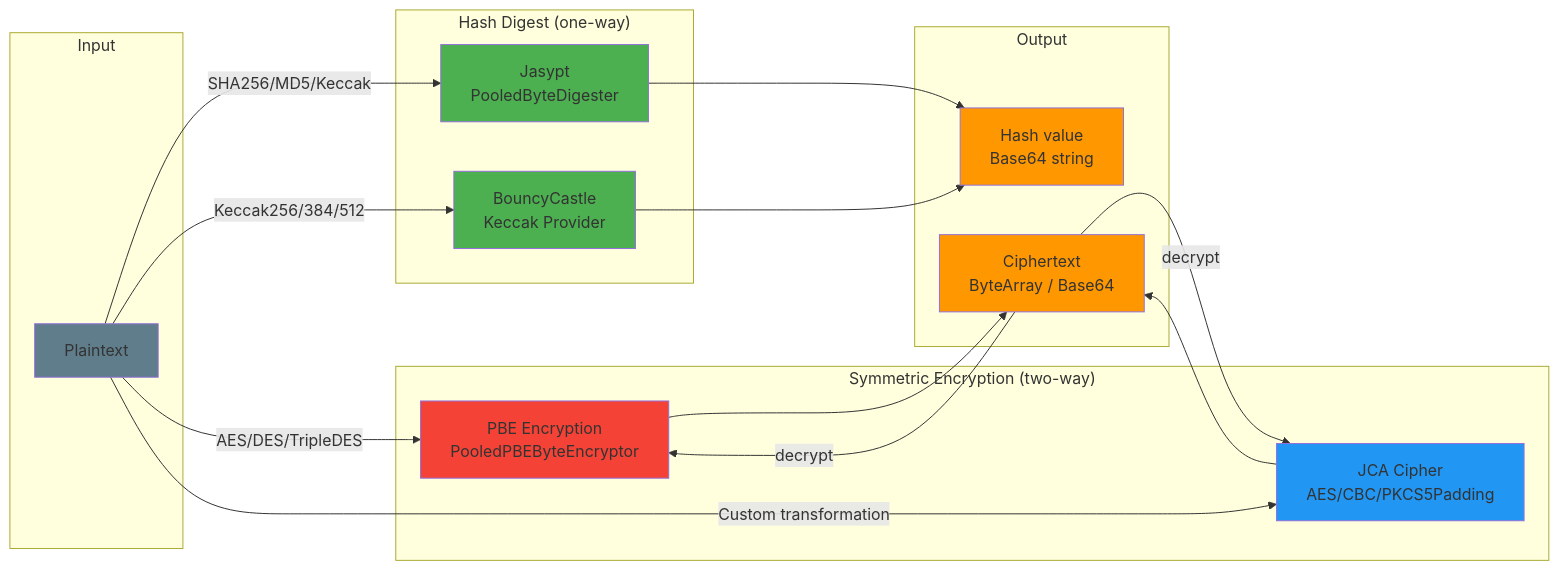
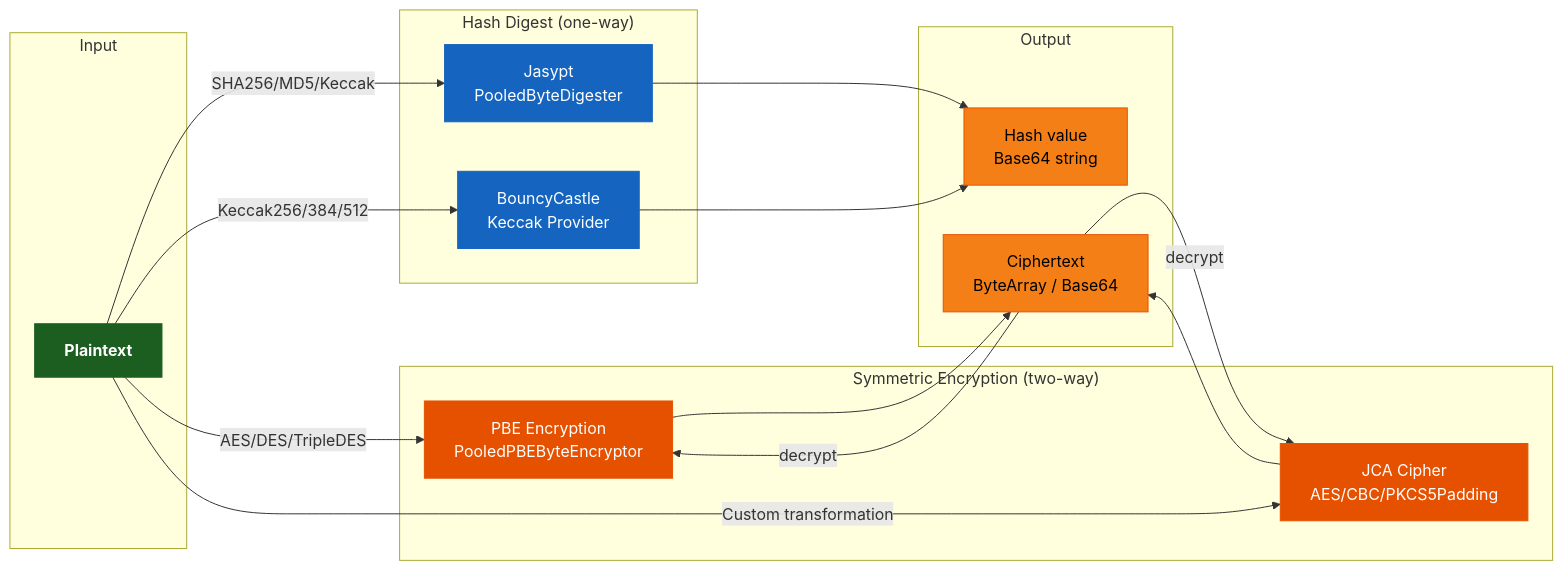
The second of 2 diagrams in io/crypto/README.md (bluetape4k/bluetape4k-projects), drawn with Mermaid before and after one commit. The commit also changed other lines of this file and 221 other files, not shown here.

First line of the commit message:
docs: 전체 모듈 README UML 다이어그램 보강 및 색상 업그레이드

````diff
--- a/io/crypto/README.md
+++ b/io/crypto/README.md
@@ -191,36 +205,38 @@
 ```mermaid
 flowchart LR
     subgraph Input
         P[Plaintext]
     end
 
     subgraph Digest["Hash Digest (one-way)"]
         D1[Jasypt<br/>PooledByteDigester]
         D2[BouncyCastle<br/>Keccak Provider]
     end
 
     subgraph Encrypt["Symmetric Encryption (two-way)"]
         E1[PBE Encryption<br/>PooledPBEByteEncryptor]
         E2[JCA Cipher<br/>AES/CBC/PKCS5Padding]
     end
 
     subgraph Output
         H[Hash value<br/>Base64 string]
         C[Ciphertext<br/>ByteArray / Base64]
     end
 
     P -->|SHA256/MD5/Keccak| D1 --> H
     P -->|Keccak256/384/512| D2 --> H
     P -->|AES/DES/TripleDES| E1 --> C
     P -->|Custom transformation| E2 --> C
     C -->|decrypt| E1
     C -->|decrypt| E2
 
-    style P fill:#607D8B
-    style D1 fill:#4CAF50
-    style D2 fill:#4CAF50
-    style E1 fill:#F44336
-    style E2 fill:#2196F3
-    style H fill:#FF9800
-    style C fill:#FF9800
+    classDef coreStyle fill:#1B5E20,stroke:#1B5E20,color:#FFFFFF,font-weight:bold
+    classDef serviceStyle fill:#1565C0,stroke:#1565C0,color:#FFFFFF
+    classDef utilStyle fill:#E65100,stroke:#E65100,color:#FFFFFF
+    classDef dataStyle fill:#F57F17,stroke:#E65100,color:#000000
+
+    class P coreStyle
+    class D1,D2 serviceStyle
+    class E1,E2 utilStyle
+    class H,C dataStyle
 ```
````
